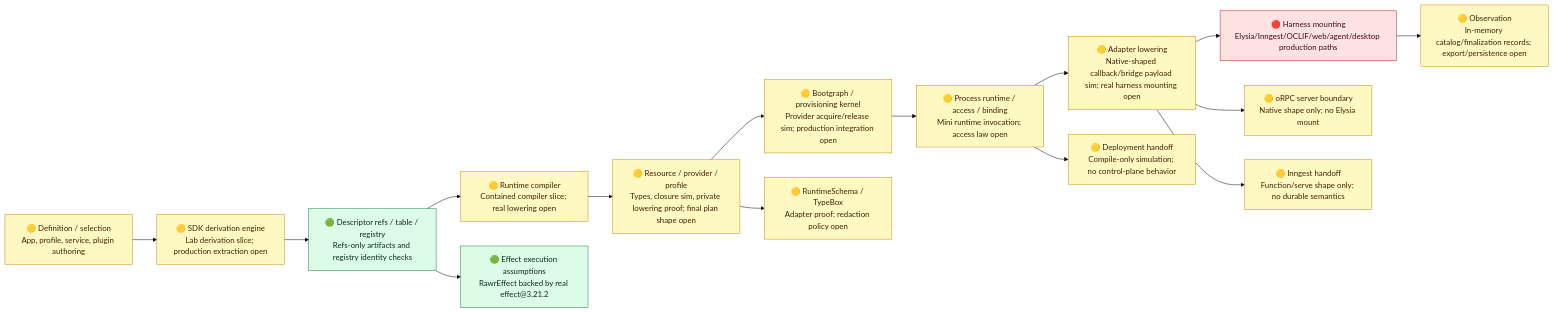
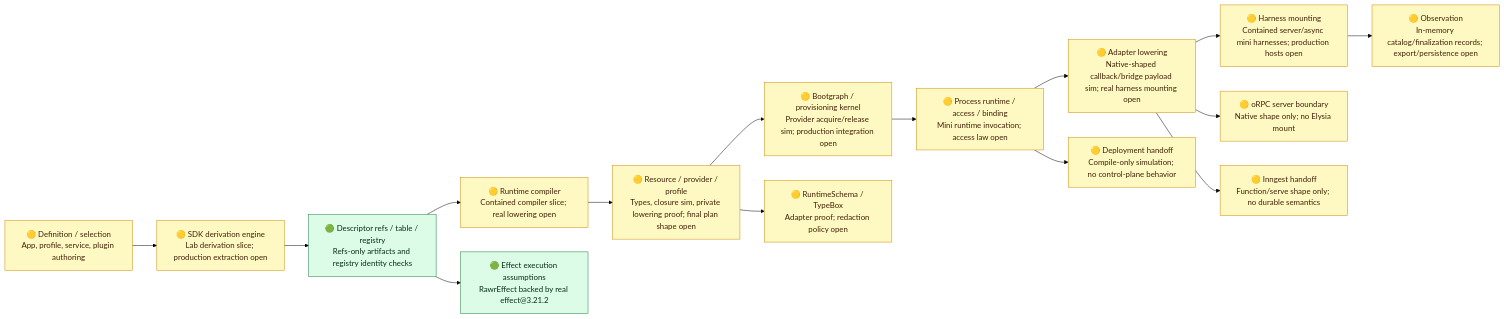
The diagram in tools/runtime-realization-type-env/evidence/runtime-spine-verification-diagnostic.md (rawr-ai/rawr-hq-template), drawn with Mermaid (forest theme) before and after one commit. The commit also changed other lines of this file and 11 other files, not shown here.

````diff
--- a/tools/runtime-realization-type-env/evidence/runtime-spine-verification-diagnostic.md
+++ b/tools/runtime-realization-type-env/evidence/runtime-spine-verification-diagnostic.md
@@ -19,25 +19,25 @@
 ```mermaid
 flowchart LR
   A["🟡 Definition / selection<br/>App, profile, service, plugin authoring"] --> B["🟡 SDK derivation engine<br/>Lab derivation slice; production extraction open"]
   B --> C["🟢 Descriptor refs / table / registry<br/>Refs-only artifacts and registry identity checks"]
   C --> D["🟡 Runtime compiler<br/>Contained compiler slice; real lowering open"]
   D --> E["🟡 Resource / provider / profile<br/>Types, closure sim, private lowering proof; final plan shape open"]
   E --> F["🟡 Bootgraph / provisioning kernel<br/>Provider acquire/release sim; production integration open"]
   F --> G["🟡 Process runtime / access / binding<br/>Mini runtime invocation; access law open"]
   G --> H["🟡 Adapter lowering<br/>Native-shaped callback/bridge payload sim; real harness mounting open"]
-  H --> I["🔴 Harness mounting<br/>Elysia/Inngest/OCLIF/web/agent/desktop production paths"]
+  H --> I["🟡 Harness mounting<br/>Contained server/async mini harnesses; production hosts open"]
   I --> J["🟡 Observation<br/>In-memory catalog/finalization records; export/persistence open"]
 
   C --> K["🟢 Effect execution assumptions<br/>RawrEffect backed by real effect@3.21.2"]
   E --> L["🟡 RuntimeSchema / TypeBox<br/>Adapter proof; redaction policy open"]
   H --> M["🟡 oRPC server boundary<br/>Native shape only; no Elysia mount"]
   H --> N["🟡 Inngest handoff<br/>Function/serve shape only; no durable semantics"]
   G --> O["🟡 Deployment handoff<br/>Compile-only simulation; no control-plane behavior"]
 
   classDef green fill:#dcfce7,stroke:#15803d,color:#052e16;
   classDef yellow fill:#fef9c3,stroke:#ca8a04,color:#422006;
   classDef red fill:#fee2e2,stroke:#b91c1c,color:#450a0a;
   class C,K green;
   class A,B,D,E,F,G,H,J,L,M,N,O yellow;
-  class I red;
+  class I yellow;
 ```
````
